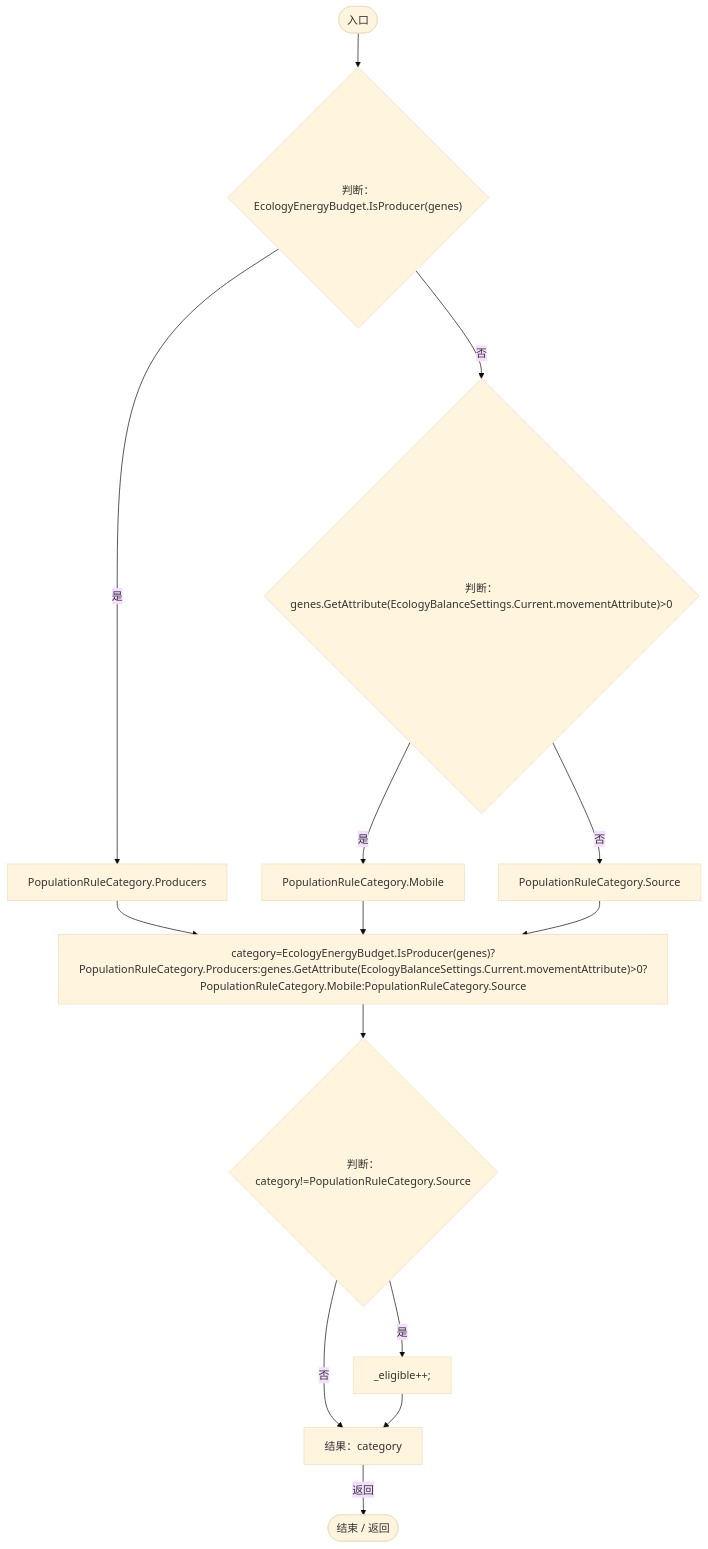
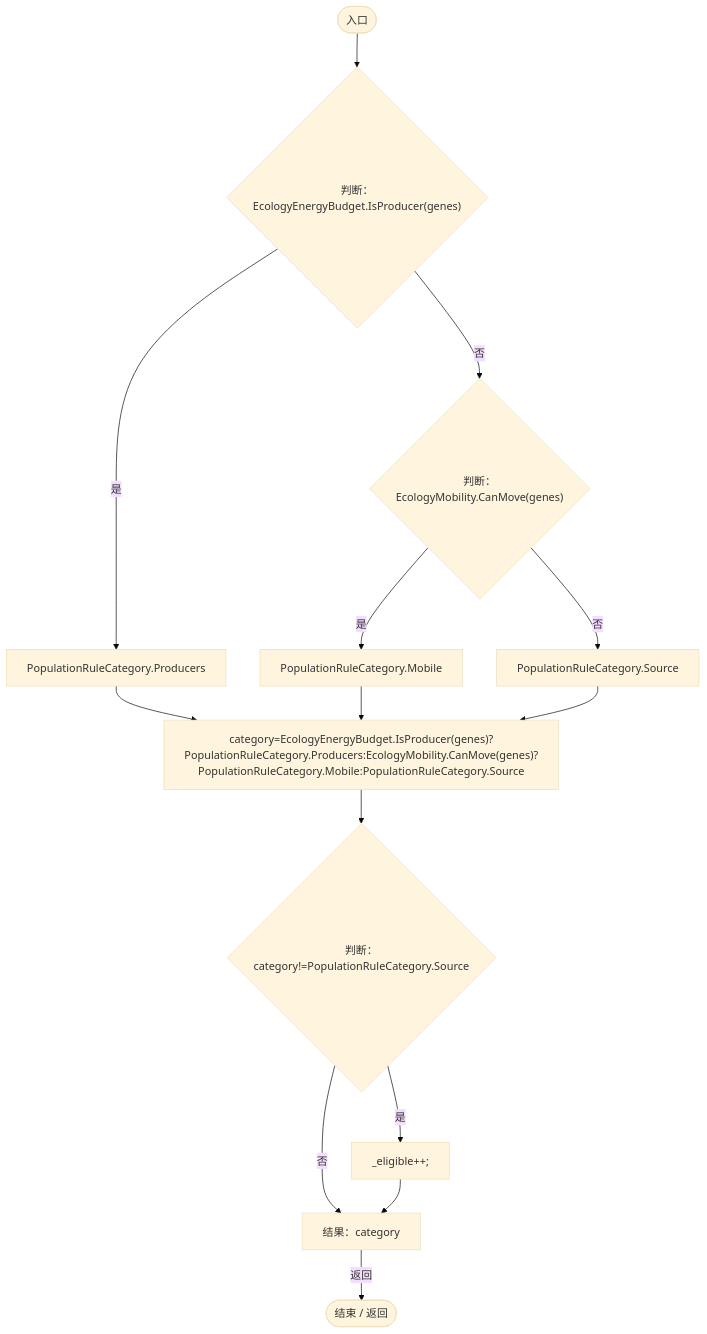
One commit to xhs6666/Darwin_paradise changed the second of 8 diagrams in Docs/运行流程图/脚本/554e3f13e11b3808.md. Above: the diagram before and after it, drawn with Mermaid (base theme). The commit also changed other lines of this file and 228 other files, not shown here.

Commit message:
Fix active simulation fallback and repeated ecology rule checks

````diff
--- a/Docs/运行流程图/脚本/554e3f13e11b3808.md
+++ b/Docs/运行流程图/脚本/554e3f13e11b3808.md
@@ -39,28 +39,28 @@
 ```mermaid
 flowchart TD
   b0(["入口"])
   b1{"判断：EcologyEnergyBudget.IsProducer(genes)"}
   b2["PopulationRuleCategory.Producers"]
-  b3{"判断：genes.GetAttribute(EcologyBalanceSettings.Current.movementAttribute)&gt;0"}
+  b3{"判断：EcologyMobility.CanMove(genes)"}
   b4["PopulationRuleCategory.Mobile"]
   b5["PopulationRuleCategory.Source"]
-  b6["category=EcologyEnergyBudget.IsProducer(genes)?PopulationRuleCategory.Producers:genes.GetAttribute(EcologyBalanceSettings.Current.movementAttribute)&gt;0?PopulationRuleCategory.Mobile:PopulationRuleCategory.Source"]
+  b6["category=EcologyEnergyBudget.IsProducer(genes)?PopulationRuleCategory.Producers:EcologyMobility.CanMove(genes)?PopulationRuleCategory.Mobile:PopulationRuleCategory.Source"]
   b7{"判断：category!=PopulationRuleCategory.Source"}
   b8["_eligible++;"]
   b9["结果：category"]
   b10(["结束 / 返回"])
   b0 --> b1
   b1 -->|"是"| b2
   b1 -->|"否"| b3
   b2 --> b6
   b3 -->|"是"| b4
   b3 -->|"否"| b5
   b4 --> b6
   b5 --> b6
   b6 --> b7
   b7 -->|"是"| b8
   b7 -->|"否"| b9
   b8 --> b9
   b9 -->|"返回"| b10
 
 ```
````
